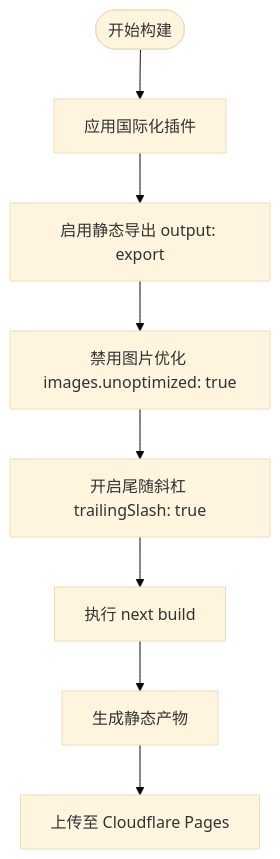
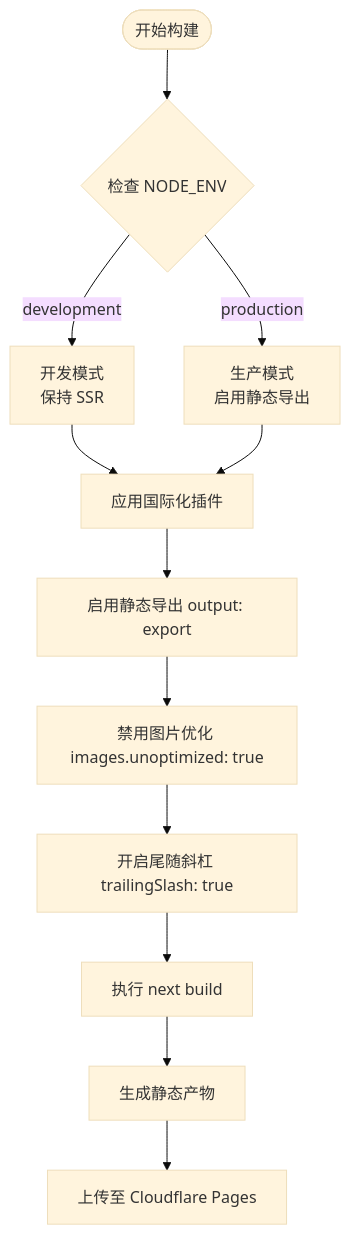
The third of 7 diagrams in .qoder/repowiki/zh/content/部署与维护.md (sgyy/privadeck), drawn with Mermaid (base theme) before and after one commit. The commit also changed other lines of this file and 5 other files, not shown here.

````diff
--- a/.qoder/repowiki/zh/content/部署与维护.md
+++ b/.qoder/repowiki/zh/content/部署与维护.md
@@ -108,10 +116,14 @@
 ```mermaid
 flowchart TD
-Start(["开始构建"]) --> Intl["应用国际化插件"]
+Start(["开始构建"]) --> EnvCheck{"检查 NODE_ENV"}
+EnvCheck --> |development| DevMode["开发模式<br/>保持 SSR"]
+EnvCheck --> |production| ProdMode["生产模式<br/>启用静态导出"]
+DevMode --> Intl["应用国际化插件"]
+ProdMode --> Intl
 Intl --> Export["启用静态导出 output: export"]
 Export --> Images["禁用图片优化 images.unoptimized: true"]
 Images --> Trailing["开启尾随斜杠 trailingSlash: true"]
 Trailing --> Build["执行 next build"]
 Build --> Out["生成静态产物"]
 Out --> Deploy["上传至 Cloudflare Pages"]
 ```
````
